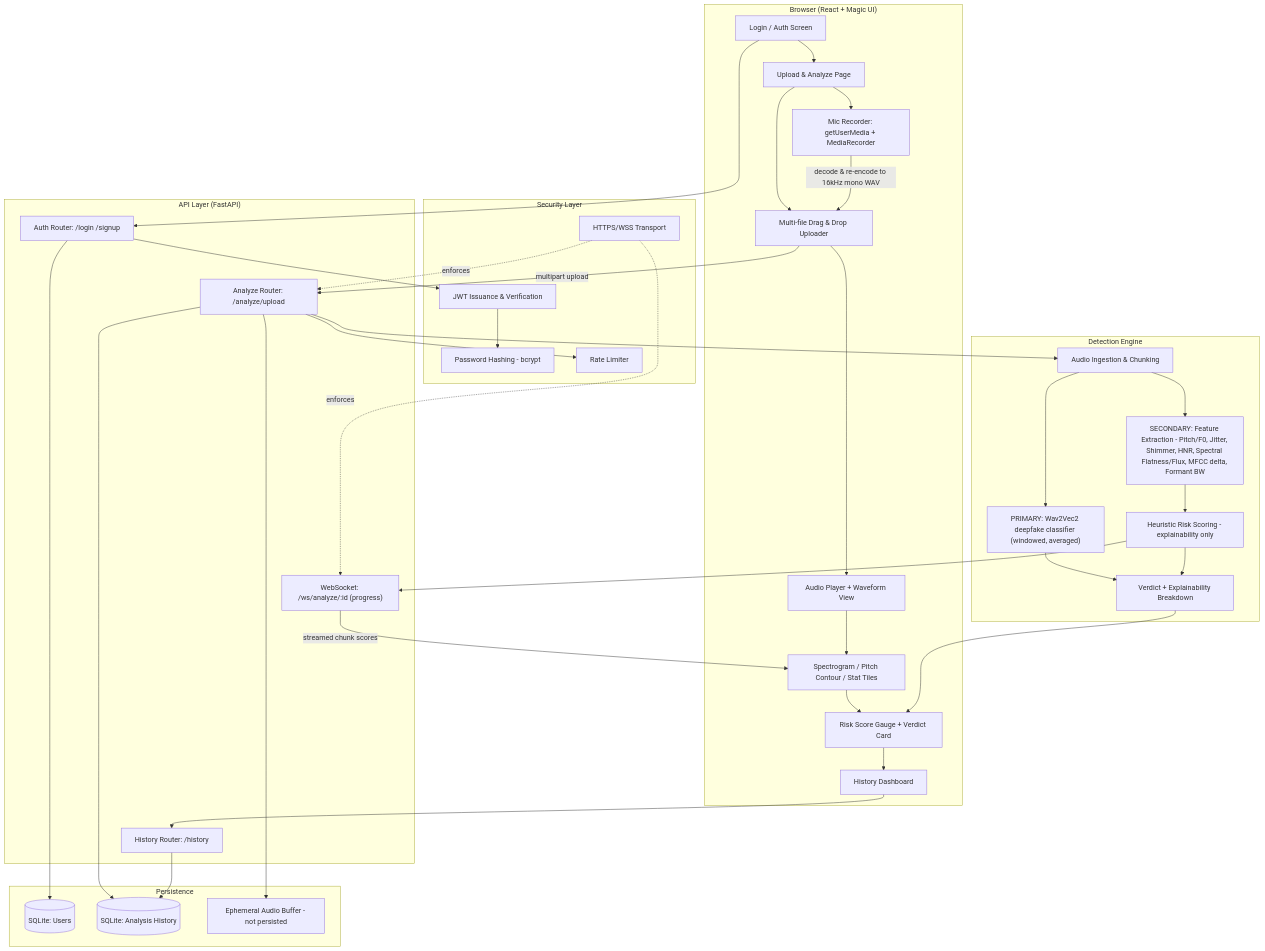
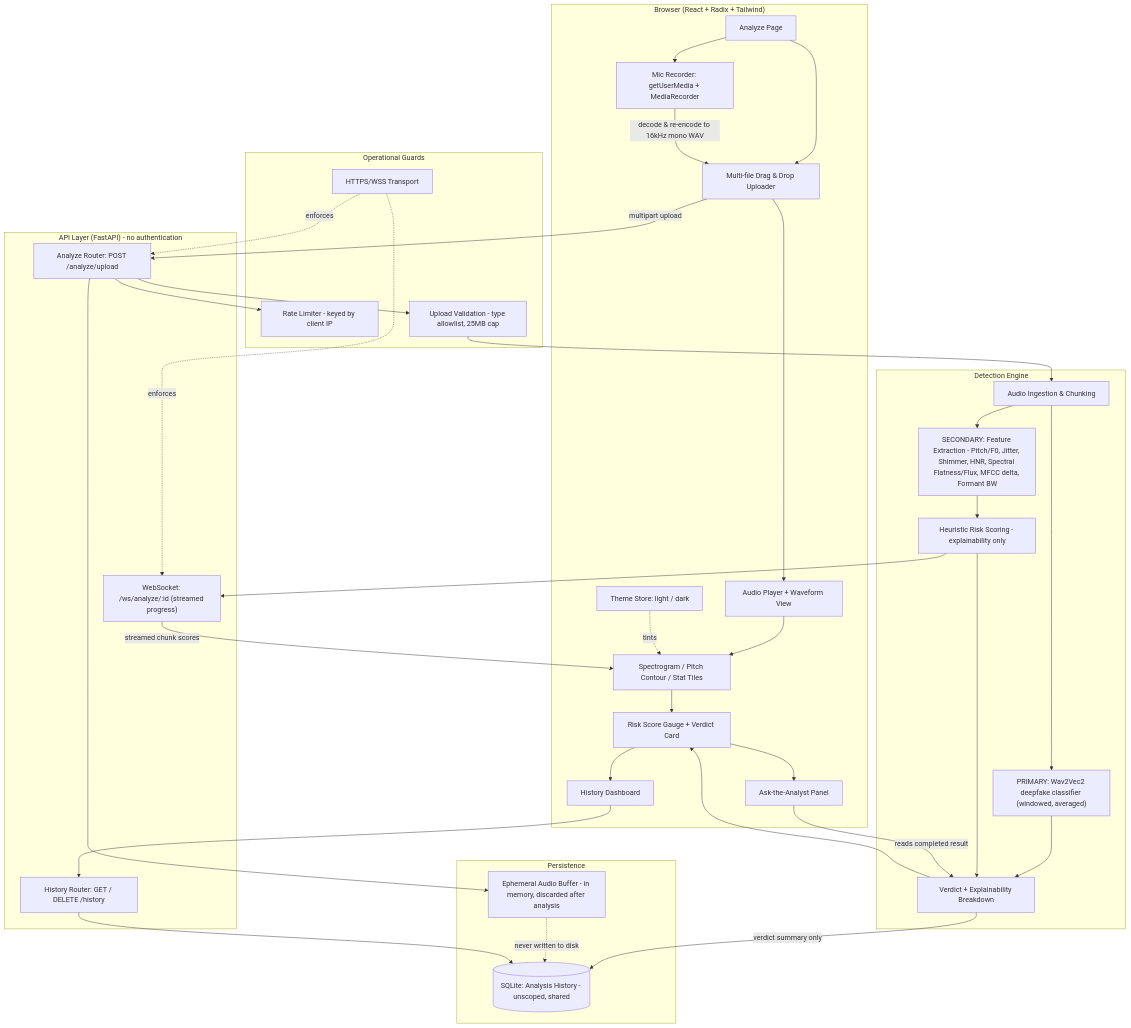
Before and after one commit to Tejahudson/voice-cloning-detector: the diagram in docs/architecture.mmd, drawn with Mermaid. The commit also changed 2 other files, not shown here.

Commit message:
Update architecture docs to match the authentication-free system
The diagram and READMEs still described the login screen, auth router, JWT
issuance, bcrypt hashing and a Users table, none of which exist any more.

Redraws the architecture around what actually runs: the analyze page as the
entry point, the mic-capture path into the shared upload pipeline, the
ask-the-analyst panel reading completed results, and the theme store tinting
the visualisations. The old Security layer becomes Operational Guards —
per-IP rate limiting, upload type and size validation, and transport — which
is what still protects the service now that accounts are gone. Persistence
drops the Users table and marks analysis history as unscoped and shared.

Also corrects the prose: the try-it steps no longer tell you to sign up, the
tech-stack table no longer lists JWT and bcrypt, and the limitations section
now states plainly that the analyzer is open and should sit behind a proxy
or private network before being exposed.

Claude-Session: https://claude.ai/code/session_01GCph4E8kCVRRjTYdj8XSNW

```diff
--- a/docs/architecture.mmd
+++ b/docs/architecture.mmd
@@ -1,57 +1,53 @@
 graph TD
-    subgraph Client["Browser (React + Magic UI)"]
-        A[Login / Auth Screen] --> B[Upload & Analyze Page]
-        B --> C[Multi-file Drag & Drop Uploader]
+    subgraph Client["Browser (React + Radix + Tailwind)"]
+        B[Analyze Page] --> C[Multi-file Drag & Drop Uploader]
         B --> C2[Mic Recorder: getUserMedia + MediaRecorder]
         C2 -- decode & re-encode to 16kHz mono WAV --> C
         C --> D[Audio Player + Waveform View]
         D --> E[Spectrogram / Pitch Contour / Stat Tiles]
         E --> F[Risk Score Gauge + Verdict Card]
+        F --> X[Ask-the-Analyst Panel]
         F --> G[History Dashboard]
+        T1[Theme Store: light / dark] -.tints.-> E
     end
 
-    subgraph Gateway["API Layer (FastAPI)"]
-        H[Auth Router: /login /signup]
-        I[Analyze Router: /analyze/upload]
-        J["WebSocket: /ws/analyze/:id (progress)"]
-        K[History Router: /history]
+    subgraph Gateway["API Layer (FastAPI) - no authentication"]
+        I[Analyze Router: POST /analyze/upload]
+        J["WebSocket: /ws/analyze/:id (streamed progress)"]
+        K[History Router: GET / DELETE /history]
     end
 
     subgraph Engine["Detection Engine"]
         L[Audio Ingestion & Chunking]
         W["PRIMARY: Wav2Vec2 deepfake classifier (windowed, averaged)"]
         M["SECONDARY: Feature Extraction - Pitch/F0, Jitter, Shimmer, HNR, Spectral Flatness/Flux, MFCC delta, Formant BW"]
         N[Heuristic Risk Scoring - explainability only]
         O[Verdict + Explainability Breakdown]
     end
 
     subgraph Data["Persistence"]
-        P[(SQLite: Users)]
-        Q[(SQLite: Analysis History)]
-        R[Ephemeral Audio Buffer - not persisted]
+        Q[(SQLite: Analysis History - unscoped, shared)]
+        R[Ephemeral Audio Buffer - in memory, discarded after analysis]
     end
 
-    subgraph Security["Security Layer"]
-        S[JWT Issuance & Verification]
-        T[Password Hashing - bcrypt]
-        U[Rate Limiter]
-        V[HTTPS/WSS Transport]
+    subgraph Guards["Operational Guards"]
+        U[Rate Limiter - keyed by client IP]
+        V[Upload Validation - type allowlist, 25MB cap]
+        P[HTTPS/WSS Transport]
     end
 
     C -- multipart upload --> I
-    I --> L
+    I --> V --> L
     L --> W --> O
     L --> M --> N --> O
     N --> J
     J -- streamed chunk scores --> E
     O --> F
-    I --> Q
-    A --> H
-    H --> P
-    H --> S
-    S --> T
+    O -- verdict summary only --> Q
     I --> U
     I --> R
-    V -.enforces.-> I
-    V -.enforces.-> J
+    R -. never written to disk .-> Q
+    X -- reads completed result --> O
     G --> K --> Q
+    P -.enforces.-> I
+    P -.enforces.-> J
```
